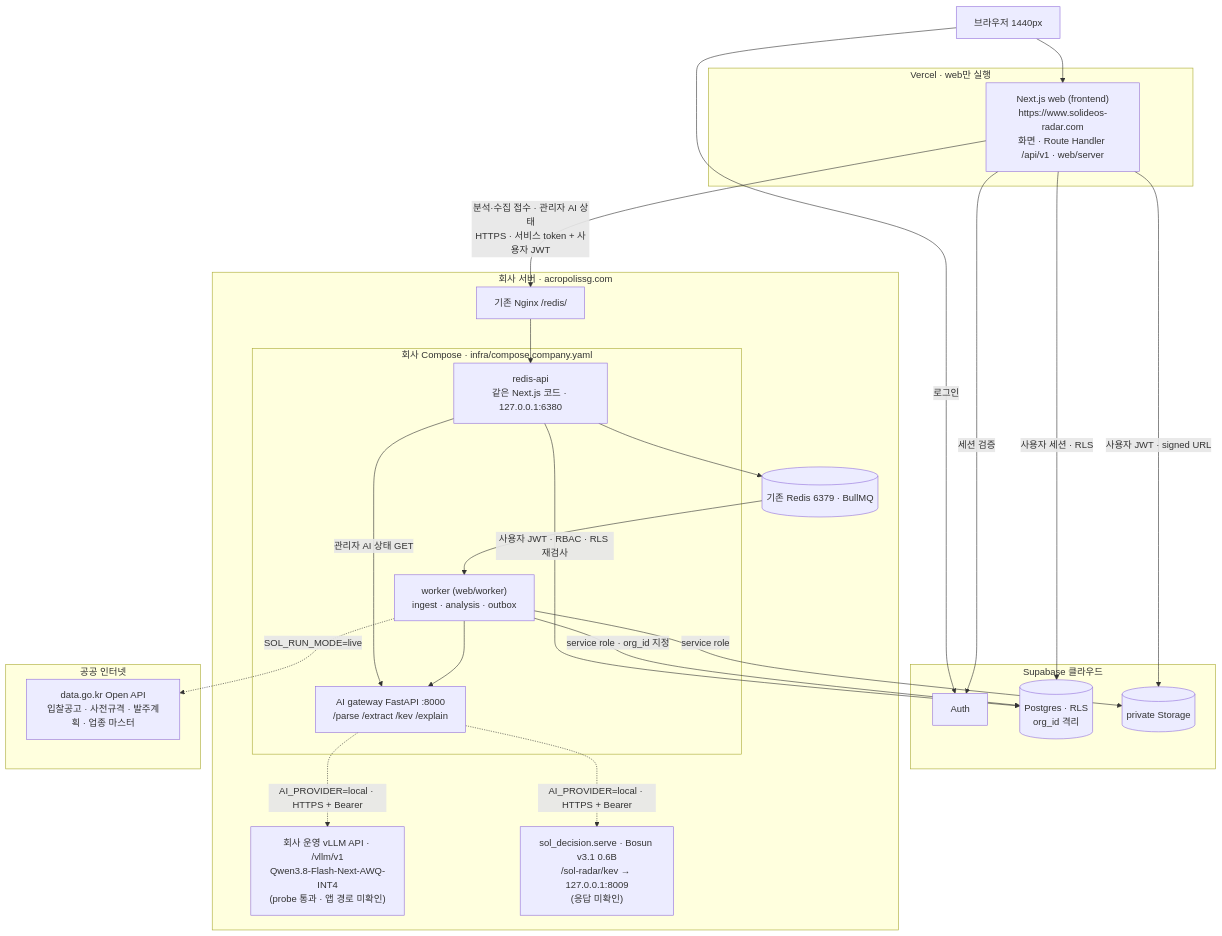
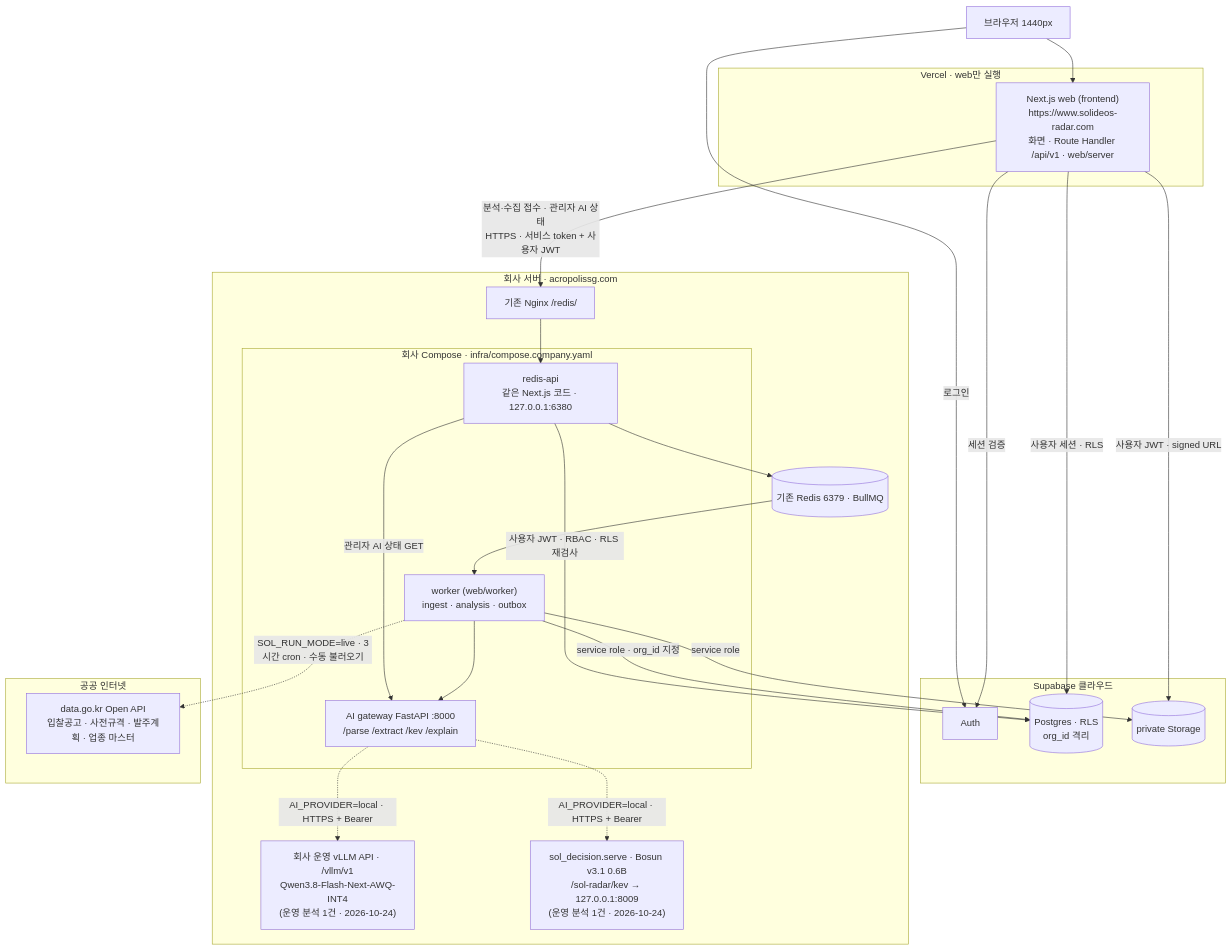
One commit to solideoai/sol-radar changed the first of 3 diagrams in docs/submission/architecture.md. Above: the diagram before and after it, drawn with Mermaid. The commit also changed other lines of this file and 115 other files, not shown here.

````diff
--- a/docs/submission/architecture.md
+++ b/docs/submission/architecture.md
@@ -21,42 +21,42 @@
 ```mermaid
 flowchart TB
  B["브라우저 1440px"] --> V
  subgraph vercel[Vercel · web만 실행]
   V["Next.js web (frontend)<br/>https://www.solideos-radar.com<br/>화면 · Route Handler /api/v1 · web/server"]
  end
  subgraph supabase[Supabase 클라우드]
   SA["Auth"]
   PG[("Postgres · RLS<br/>org_id 격리")]
   ST[("private Storage")]
  end
  subgraph company["회사 서버 · acropolissg.com"]
   NG["기존 Nginx /redis/"]
   subgraph cc["회사 Compose · infra/compose.company.yaml"]
    RA["redis-api<br/>같은 Next.js 코드 · 127.0.0.1:6380"]
    WK["worker (web/worker)<br/>ingest · analysis · outbox"]
    AI["AI gateway FastAPI :8000<br/>/parse /extract /kev /explain"]
   end
   R[("기존 Redis 6379 · BullMQ")]
-  QW["회사 운영 vLLM API · /vllm/v1<br/>Qwen3.8-Flash-Next-AWQ-INT4<br/>(probe 통과 · 앱 경로 미확인)"]
-  KV["sol_decision.serve · Bosun v3.1 0.6B<br/>/sol-radar/kev → 127.0.0.1:8009<br/>(응답 미확인)"]
+  QW["회사 운영 vLLM API · /vllm/v1<br/>Qwen3.8-Flash-Next-AWQ-INT4<br/>(운영 분석 1건 · 2026-10-24)"]
+  KV["sol_decision.serve · Bosun v3.1 0.6B<br/>/sol-radar/kev → 127.0.0.1:8009<br/>(운영 분석 1건 · 2026-10-24)"]
  end
  subgraph public[공공 인터넷]
   G2B["data.go.kr Open API<br/>입찰공고 · 사전규격 · 발주계획 · 업종 마스터"]
  end
  B -- 로그인 --> SA
  V -- 세션 검증 --> SA
  V -- 사용자 세션 · RLS --> PG
  V -- 사용자 JWT · signed URL --> ST
  V -- "분석·수집 접수 · 관리자 AI 상태<br/>HTTPS · 서비스 token + 사용자 JWT" --> NG
  NG --> RA
  RA -- 사용자 JWT · RBAC · RLS 재검사 --> PG
  RA --> R
  RA -- 관리자 AI 상태 GET --> AI
  R --> WK
  WK --> AI
  WK -- service role · org_id 지정 --> PG
  WK -- service role --> ST
- WK -. SOL_RUN_MODE=live .-> G2B
+ WK -. "SOL_RUN_MODE=live · 3시간 cron · 수동 불러오기" .-> G2B
  AI -. AI_PROVIDER=local · HTTPS + Bearer .-> QW
  AI -. AI_PROVIDER=local · HTTPS + Bearer .-> KV
 ```
````
